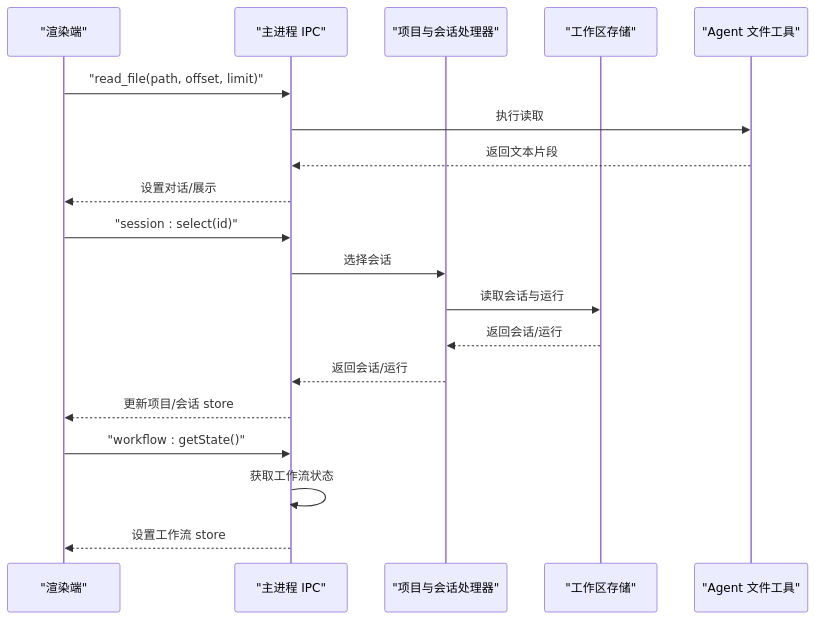
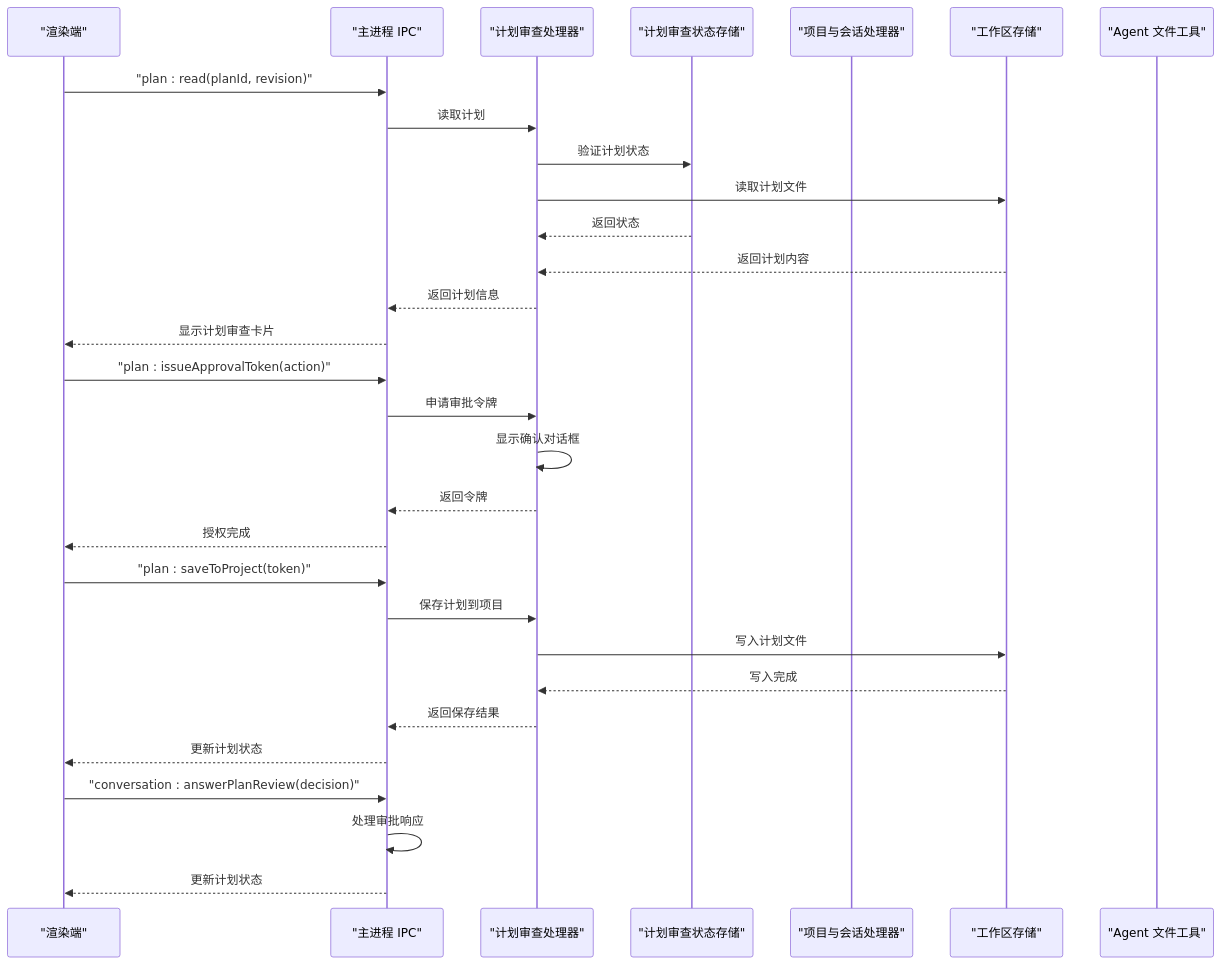
One commit to haolange/RDC-Agent changed the fourth of 4 diagrams in .qoder/repowiki/zh/content/API 参考/Renderer API/工作区 API.md. Above: the diagram before and after it, drawn with Mermaid. The commit also changed other lines of this file and 208 other files, not shown here.

````diff
--- a/.qoder/repowiki/zh/content/API 参考/Renderer API/工作区 API.md
+++ b/.qoder/repowiki/zh/content/API 参考/Renderer API/工作区 API.md
@@ -405,21 +508,32 @@
 ```mermaid
 sequenceDiagram
 participant UI as "渲染端"
 participant IPC as "主进程 IPC"
+participant PH as "计划审查处理器"
+participant PRS as "计划审查状态存储"
 participant PS as "项目与会话处理器"
 participant WS as "工作区存储"
 participant AG as "Agent 文件工具"
-UI->>IPC : "read_file(path, offset, limit)"
-IPC->>AG : 执行读取
-AG-->>IPC : 返回文本片段
-IPC-->>UI : 设置对话/展示
-UI->>IPC : "session : select(id)"
-IPC->>PS : 选择会话
-PS->>WS : 读取会话与运行
-WS-->>PS : 返回会话/运行
-PS-->>IPC : 返回会话/运行
-IPC-->>UI : 更新项目/会话 store
-UI->>IPC : "workflow : getState()"
-IPC->>IPC : 获取工作流状态
-IPC-->>UI : 设置工作流 store
+UI->>IPC : "plan : read(planId, revision)"
+IPC->>PH : 读取计划
+PH->>PRS : 验证计划状态
+PH->>WS : 读取计划文件
+PRS-->>PH : 返回状态
+WS-->>PH : 返回计划内容
+PH-->>IPC : 返回计划信息
+IPC-->>UI : 显示计划审查卡片
+UI->>IPC : "plan : issueApprovalToken(action)"
+IPC->>PH : 申请审批令牌
+PH->>PH : 显示确认对话框
+PH-->>IPC : 返回令牌
+IPC-->>UI : 授权完成
+UI->>IPC : "plan : saveToProject(token)"
+IPC->>PH : 保存计划到项目
+PH->>WS : 写入计划文件
+WS-->>PH : 写入完成
+PH-->>IPC : 返回保存结果
+IPC-->>UI : 更新计划状态
+UI->>IPC : "conversation : answerPlanReview(decision)"
+IPC->>IPC : 处理审批响应
+IPC-->>UI : 更新计划状态
 ```
````
